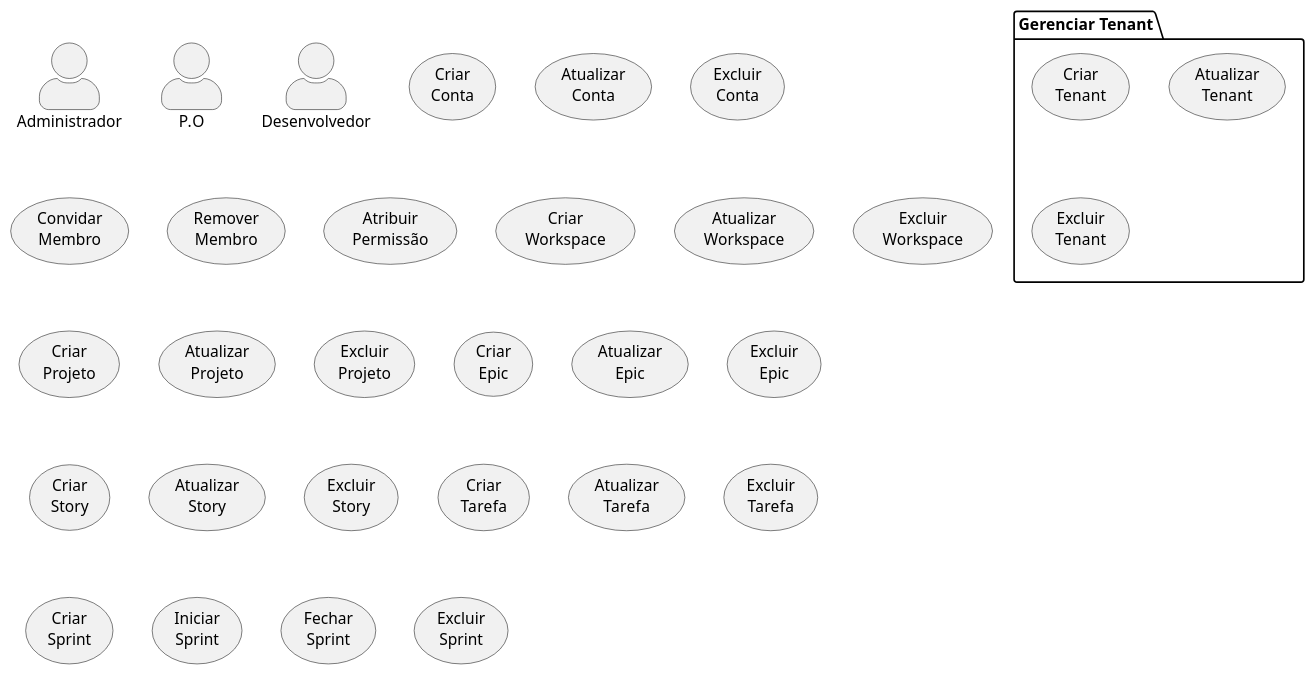
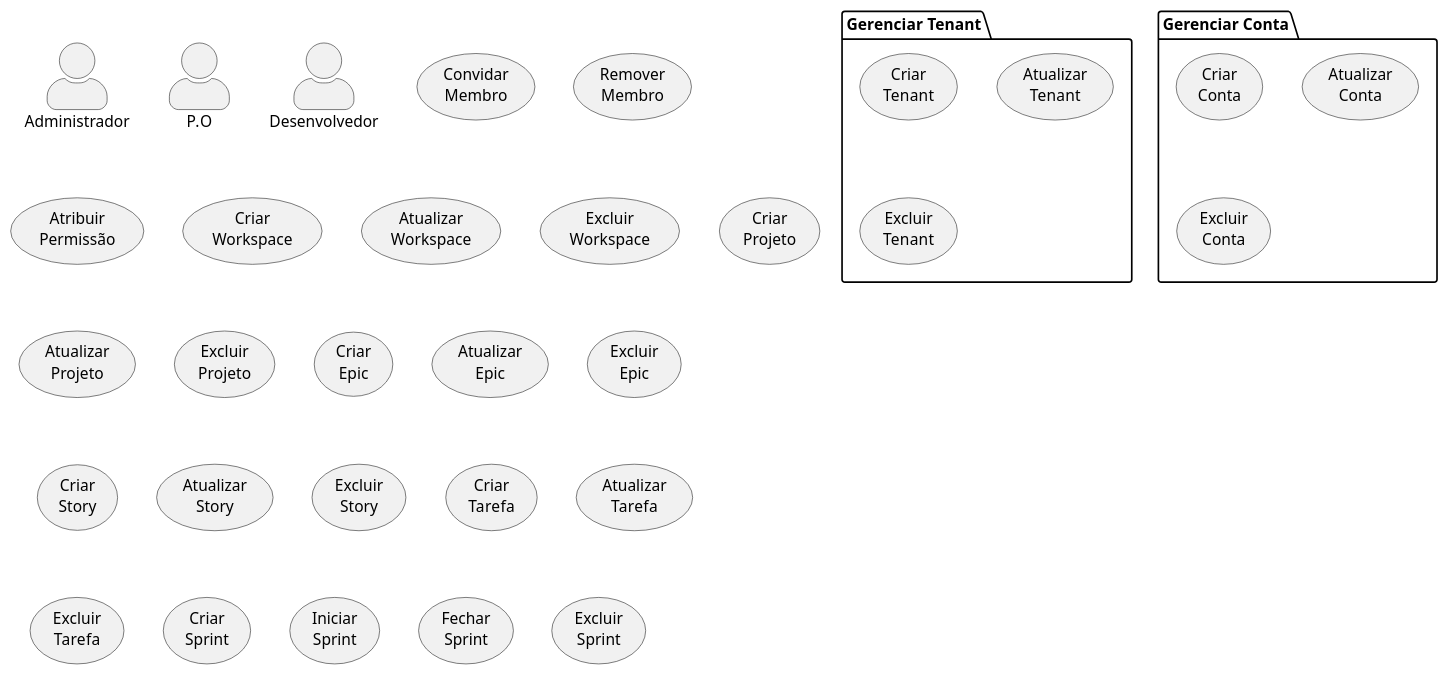
One commit to jairokoning/sprint_manager_uml changed the diagram in use_case.plantuml. Above: the diagram before and after it, drawn with PlantUML.

Commit message:
feat: add use case package manage account

```diff
--- a/use_case.plantuml
+++ b/use_case.plantuml
@@ -1,55 +1,54 @@
 @startuml ""
 ' http://www.plantuml.com/plantuml/uml/SoWkIImgAStDuUBISCiiAYvHA2rEJKuiJjNaqd3Coo_9I2s2YoWa5YjeX3eRQN91HHH2dOtXR0sVnEAIc3nanQ7E9bnS3gbvAI3p0G00
 skinparam TextAlign center
 skinparam actorStyle awesome
 
-'=== Atores ===
 actor Administrador as adm
 actor P.O as po
 actor Desenvolvedor as dev
 
-'=== Casos de Uso ===
-'Tenant
 package "Gerenciar Tenant" {
   usecase "Criar\nTenant" as createTenant
   usecase "Atualizar\nTenant" as updateTenant
   usecase "Excluir\nTenant" as deleteTenant
 }
 
-usecase "Criar\nConta" as createAccount
-usecase "Atualizar\nConta" as updateAccount
-usecase "Excluir\nConta" as deleteAccount
+package "Gerenciar Conta" {
+  usecase "Criar\nConta" as createAccount
+  usecase "Atualizar\nConta" as updateAccount
+  usecase "Excluir\nConta" as deleteAccount
+}
 
 usecase "Convidar\nMembro" as inviteMember
 usecase "Remover\nMembro" as removeMember
 usecase "Atribuir\nPermissão" as setPermission
 
 usecase "Criar\nWorkspace" as createWorkspace
 usecase "Atualizar\nWorkspace" as updateWorkspace
 usecase "Excluir\nWorkspace" as deleteWorkspace
 
 usecase "Criar\nProjeto" as createProject
 usecase "Atualizar\nProjeto" as updateProject
 usecase "Excluir\nProjeto" as deleteProject
 
 usecase "Criar\nEpic" as createEpic
 usecase "Atualizar\nEpic" as updateEpic
 usecase "Excluir\nEpic" as deleteEpic
 
 usecase "Criar\nStory" as createStory
 usecase "Atualizar\nStory" as updateStory
 usecase "Excluir\nStory" as deleteStory
 
 usecase "Criar\nTarefa" as createTask
 usecase "Atualizar\nTarefa" as updateTask
 usecase "Excluir\nTarefa" as deleteTask
 
 usecase "Criar\nSprint" as createSprint
 usecase "Iniciar\nSprint" as openSprint
 usecase "Fechar\nSprint" as closeSprint
 usecase "Excluir\nSprint" as deleteSprint
 
 'Quando concluir todas tarefas de um recurso, deve automaticamente concluir o Recurso, e quando concluir todos os recursos de Epic, deve concluir o Epi
 'Criar um grafico de gantt baseado nas tarefas
 
 @enduml
```
